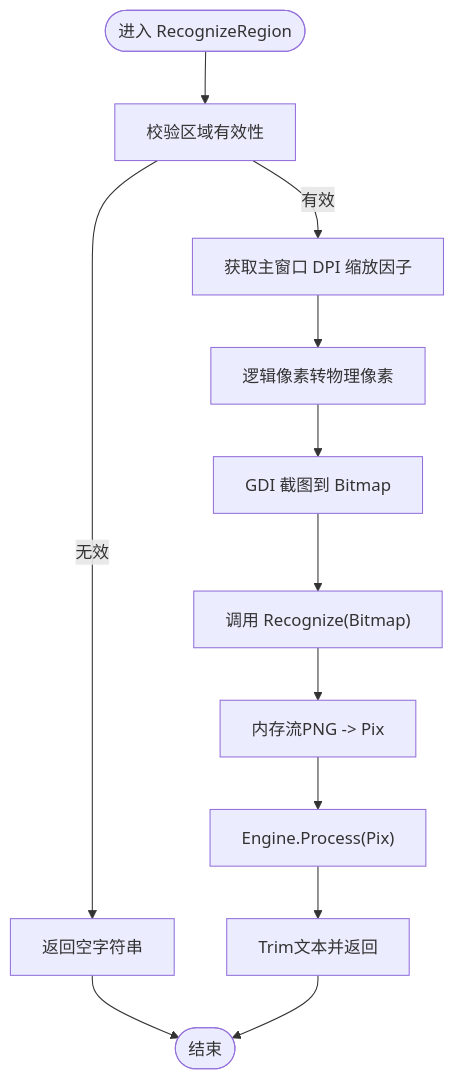
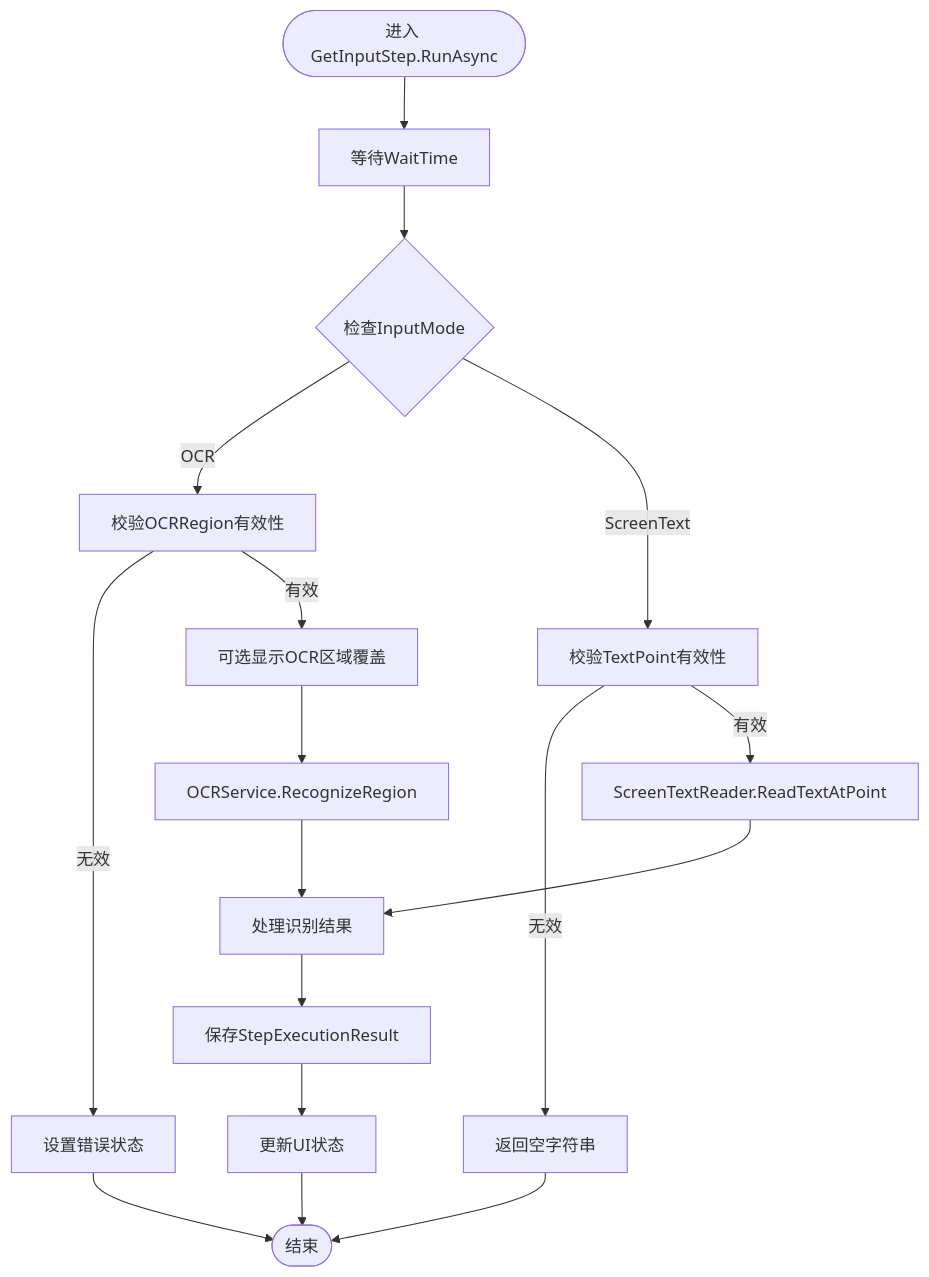
Before and after one commit to yooxii/ShaoLuAuto: the fourth of 5 diagrams in .qoder/repowiki/zh/content/自动化步骤系统/OCR文字识别步骤.md, drawn with Mermaid. The commit also changed other lines of this file and 9 other files, not shown here.

````diff
--- a/.qoder/repowiki/zh/content/自动化步骤系统/OCR文字识别步骤.md
+++ b/.qoder/repowiki/zh/content/自动化步骤系统/OCR文字识别步骤.md
@@ -189,14 +235,19 @@
 ```mermaid
 flowchart TD
-Start(["进入 RecognizeRegion"]) --> Validate["校验区域有效性"]
-Validate --> |无效| ReturnEmpty["返回空字符串"]
-Validate --> |有效| GetDPI["获取主窗口 DPI 缩放因子"]
-GetDPI --> Convert["逻辑像素转物理像素"]
-Convert --> Capture["GDI 截图到 Bitmap"]
-Capture --> CallRecognize["调用 Recognize(Bitmap)"]
-CallRecognize --> LoadPix["内存流PNG -> Pix"]
-LoadPix --> Process["Engine.Process(Pix)"]
-Process --> Trim["Trim文本并返回"]
-ReturnEmpty --> End(["结束"])
-Trim --> End
+Start(["进入 GetInputStep.RunAsync"]) --> Wait["等待WaitTime"]
+Wait --> ModeCheck{"检查InputMode"}
+ModeCheck --> |OCR| OCRCheck["校验OCRRegion有效性"]
+ModeCheck --> |ScreenText| ScreenCheck["校验TextPoint有效性"]
+OCRCheck --> |无效| SetError["设置错误状态"]
+OCRCheck --> |有效| ShowOverlay["可选显示OCR区域覆盖"]
+ShowOverlay --> OCRCapture["OCRService.RecognizeRegion"]
+ScreenCheck --> |无效| ReturnEmpty["返回空字符串"]
+ScreenCheck --> |有效| ScreenRead["ScreenTextReader.ReadTextAtPoint"]
+OCRCapture --> ProcessResult["处理识别结果"]
+ScreenRead --> ProcessResult
+ProcessResult --> SaveResult["保存StepExecutionResult"]
+SaveResult --> UpdateUI["更新UI状态"]
+UpdateUI --> End(["结束"])
+SetError --> End
+ReturnEmpty --> End
 ```
````
